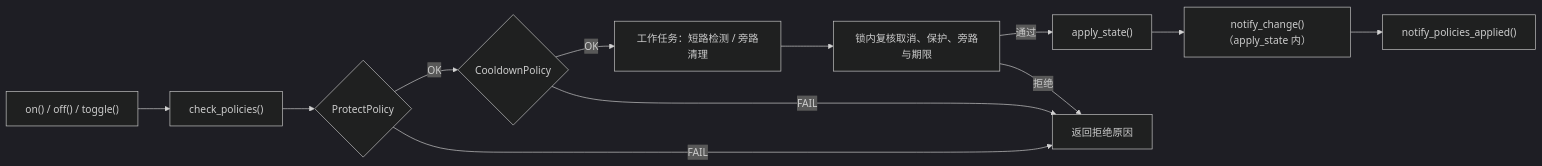
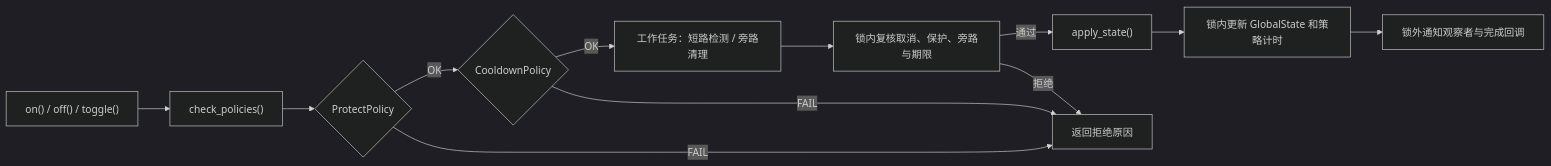
One commit to qingmeijiupiao/Wireless_power_meter_pro_v2 changed the first of 3 diagrams in components/app/power_output/README.md. Above: the diagram before and after it, drawn with Mermaid (dark theme). The commit also changed other lines of this file and 30 other files, not shown here.

````diff
--- a/components/app/power_output/README.md
+++ b/components/app/power_output/README.md
@@ -16,14 +16,14 @@
 ```mermaid
 flowchart LR
     A["on() / off() / toggle()"] --> B["check_policies()"]
     B --> C{"ProtectPolicy"}
     C -->|OK| D{"CooldownPolicy"}
     C -->|FAIL| E["返回拒绝原因"]
     D -->|OK| T["工作任务：短路检测 / 旁路清理"]
     T --> R["锁内复核取消、保护、旁路与期限"]
     R -->|通过| F["apply_state()"]
     R -->|拒绝| E
     D -->|FAIL| E
-    F --> G["notify_change()（apply_state 内）"]
-    G --> H["notify_policies_applied()"]
+    F --> G["锁内更新 GlobalState 和策略计时"]
+    G --> H["锁外通知观察者与完成回调"]
 ```
````
